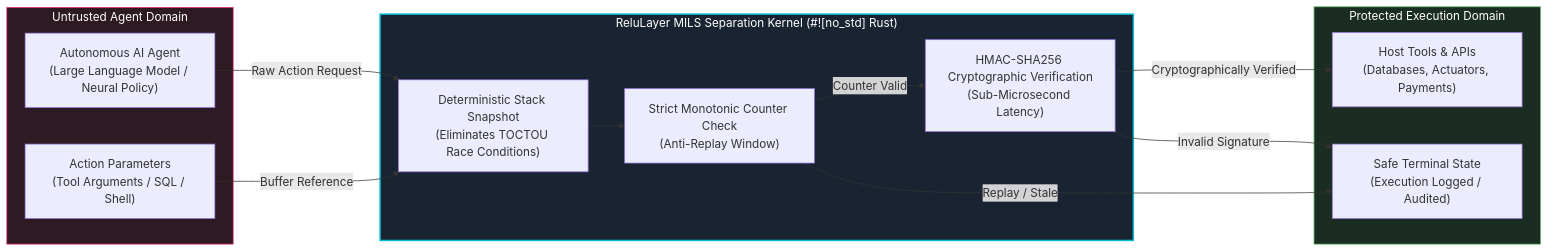
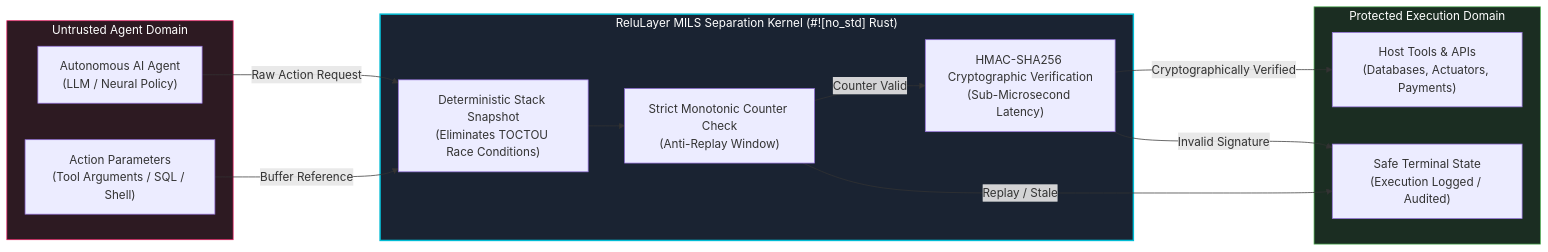
One commit to ReluLayer/relulayer changed the diagram in README.md. Above: the diagram before and after it, drawn with Mermaid. The commit also changed other lines of this file, not shown here.

Commit message:
docs: expand README with acronym definitions, MILS architectural diagram, and competitor latency visual

````diff
--- a/README.md
+++ b/README.md
@@ -26,30 +26,30 @@
 ```mermaid
 flowchart LR
     subgraph UntrustedZone ["Untrusted Agent Domain"]
-        Agent["Autonomous AI Agent<br/>(Large Language Model / Neural Policy)"]
-        Payload["Action Parameters<br/>(Tool Arguments / SQL / Shell)"]
+        Agent["Autonomous AI Agent\n(LLM / Neural Policy)"]
+        Payload["Action Parameters\n(Tool Arguments / SQL / Shell)"]
     end
 
     subgraph ReluLayerBoundary ["ReluLayer MILS Separation Kernel (#![no_std] Rust)"]
-        Snapshot["Deterministic Stack Snapshot<br/>(Eliminates TOCTOU Race Conditions)"]
-        Replay["Strict Monotonic Counter Check<br/>(Anti-Replay Window)"]
-        HMAC["HMAC-SHA256 Cryptographic Verification<br/>(Sub-Microsecond Latency)"]
+        Snapshot["Deterministic Stack Snapshot\n(Eliminates TOCTOU Race Conditions)"]
+        Replay["Strict Monotonic Counter Check\n(Anti-Replay Window)"]
+        HMAC["HMAC-SHA256 Cryptographic Verification\n(Sub-Microsecond Latency)"]
     end
 
     subgraph TrustedZone ["Protected Execution Domain"]
-        Tool["Host Tools & APIs<br/>(Databases, Actuators, Payments)"]
-        Sink["Safe Terminal State<br/>(Execution Logged / Audited)"]
+        Tool["Host Tools & APIs\n(Databases, Actuators, Payments)"]
+        Sink["Safe Terminal State\n(Execution Logged / Audited)"]
     end
 
     Agent -->|Raw Action Request| Snapshot
     Payload -->|Buffer Reference| Snapshot
     Snapshot --> Replay
     Replay -->|Counter Valid| HMAC
     Replay -->|Replay / Stale| Sink
     HMAC -->|Cryptographically Verified| Tool
     HMAC -->|Invalid Signature| Sink
 
     style ReluLayerBoundary fill:#1a2332,stroke:#00bcd4,stroke-width:2px,color:#ffffff
     style UntrustedZone fill:#2d1a22,stroke:#e91e63,stroke-width:1px,color:#ffffff
     style TrustedZone fill:#1b2d22,stroke:#4caf50,stroke-width:1px,color:#ffffff
 ```
````
